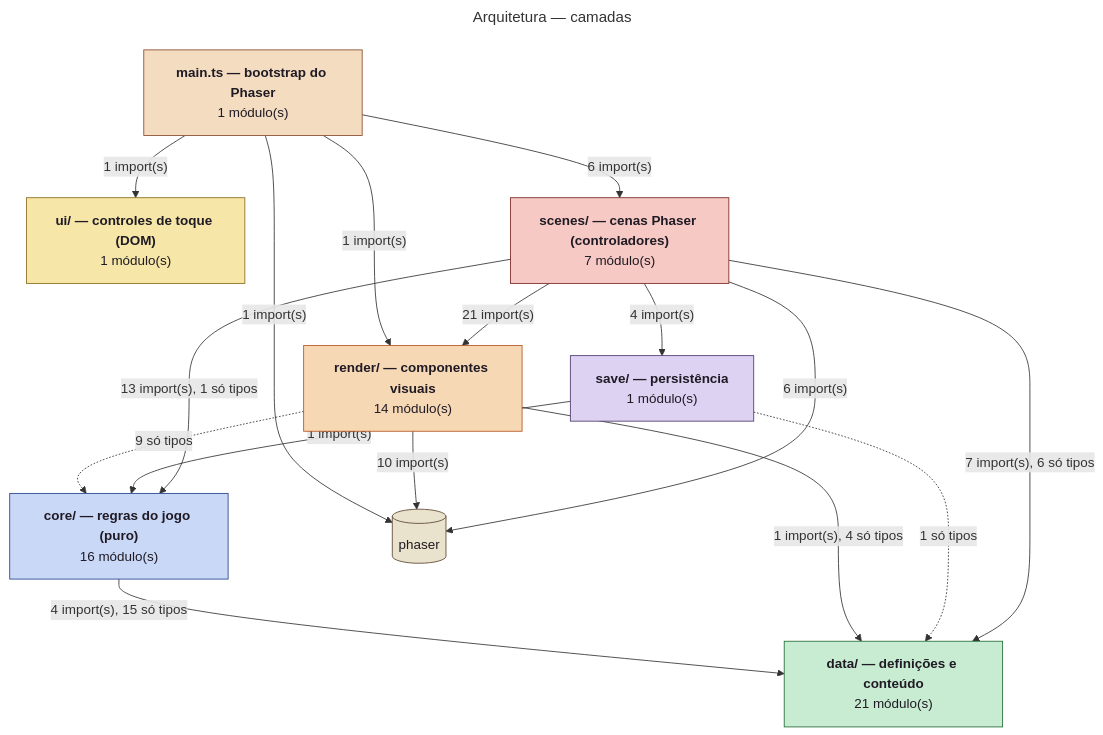
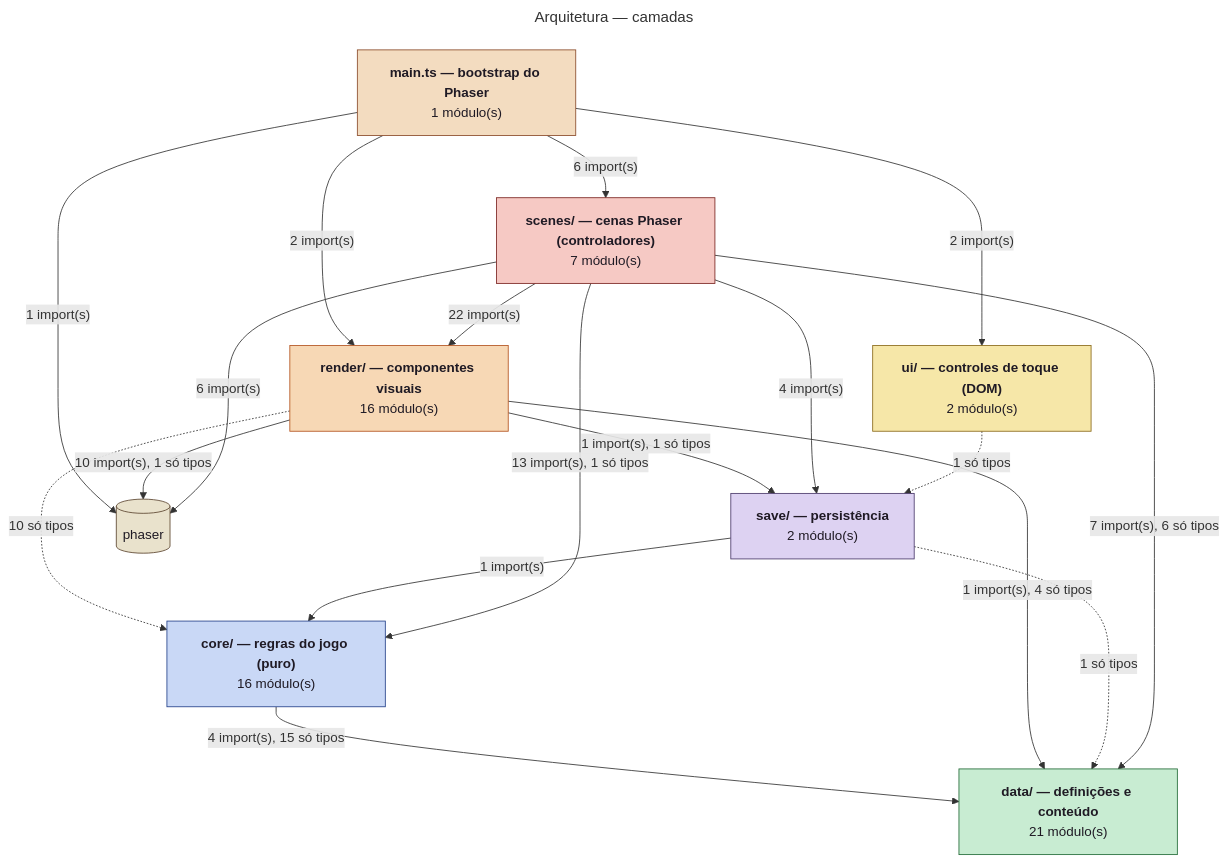
One commit to Pitossomos/fire-crest changed the first of 2 diagrams in docs/diagrams/architecture.md. Above: the diagram before and after it, drawn with Mermaid. The commit also changed other lines of this file and 25 other files, not shown here.

````diff
--- a/docs/diagrams/architecture.md
+++ b/docs/diagrams/architecture.md
@@ -11,37 +11,39 @@
 ```mermaid
 ---
 title: Arquitetura — camadas
 ---
 flowchart TB
   app["<b>main.ts — bootstrap do Phaser</b><br/>1 módulo(s)"]:::layer_app
-  ui["<b>ui/ — controles de toque (DOM)</b><br/>1 módulo(s)"]:::layer_ui
+  ui["<b>ui/ — controles de toque (DOM)</b><br/>2 módulo(s)"]:::layer_ui
   scenes["<b>scenes/ — cenas Phaser (controladores)</b><br/>7 módulo(s)"]:::layer_scenes
-  render["<b>render/ — componentes visuais</b><br/>14 módulo(s)"]:::layer_render
+  render["<b>render/ — componentes visuais</b><br/>16 módulo(s)"]:::layer_render
   core["<b>core/ — regras do jogo (puro)</b><br/>16 módulo(s)"]:::layer_core
   data["<b>data/ — definições e conteúdo</b><br/>21 módulo(s)"]:::layer_data
-  save["<b>save/ — persistência</b><br/>1 módulo(s)"]:::layer_save
+  save["<b>save/ — persistência</b><br/>2 módulo(s)"]:::layer_save
   ext_phaser[("phaser")]:::external
   app -->|"1 import(s)"| ext_phaser
-  app -->|"1 import(s)"| render
+  app -->|"2 import(s)"| render
   app -->|"6 import(s)"| scenes
-  app -->|"1 import(s)"| ui
+  app -->|"2 import(s)"| ui
   core -->|"4 import(s), 15 só tipos"| data
-  render -.->|"9 só tipos"| core
+  render -.->|"10 só tipos"| core
   render -->|"1 import(s), 4 só tipos"| data
-  render -->|"10 import(s)"| ext_phaser
+  render -->|"10 import(s), 1 só tipos"| ext_phaser
+  render -->|"1 import(s), 1 só tipos"| save
   save -->|"1 import(s)"| core
   save -.->|"1 só tipos"| data
   scenes -->|"13 import(s), 1 só tipos"| core
   scenes -->|"7 import(s), 6 só tipos"| data
   scenes -->|"6 import(s)"| ext_phaser
-  scenes -->|"21 import(s)"| render
+  scenes -->|"22 import(s)"| render
   scenes -->|"4 import(s)"| save
+  ui -.->|"1 só tipos"| save
   classDef external fill:#e9e2cc,stroke:#5c4630,color:#1f1a24
   classDef layer_app fill:#f3dcc0,stroke:#8a4a2a,color:#1f1a24
   classDef layer_scenes fill:#f6c9c4,stroke:#7a2420,color:#1f1a24
   classDef layer_render fill:#f7d8b5,stroke:#b4531f,color:#1f1a24
   classDef layer_core fill:#c9d8f6,stroke:#24418a,color:#1f1a24
   classDef layer_data fill:#c8ecd2,stroke:#226b37,color:#1f1a24
   classDef layer_save fill:#ddd2f2,stroke:#4b3a6b,color:#1f1a24
   classDef layer_ui fill:#f6e7a8,stroke:#8a6a1a,color:#1f1a24
 ```
````
